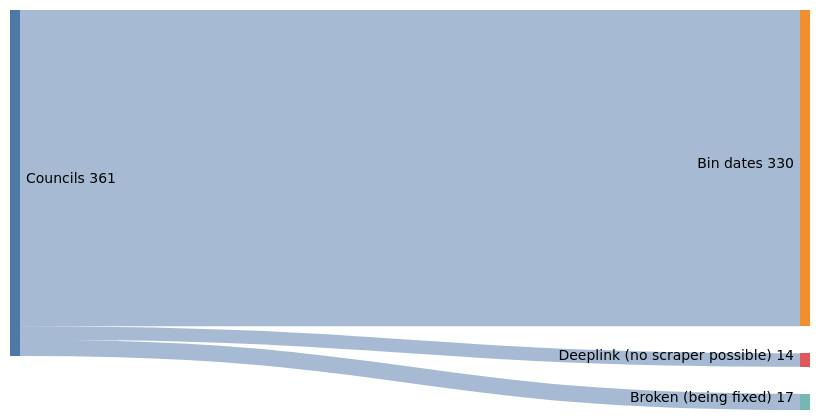
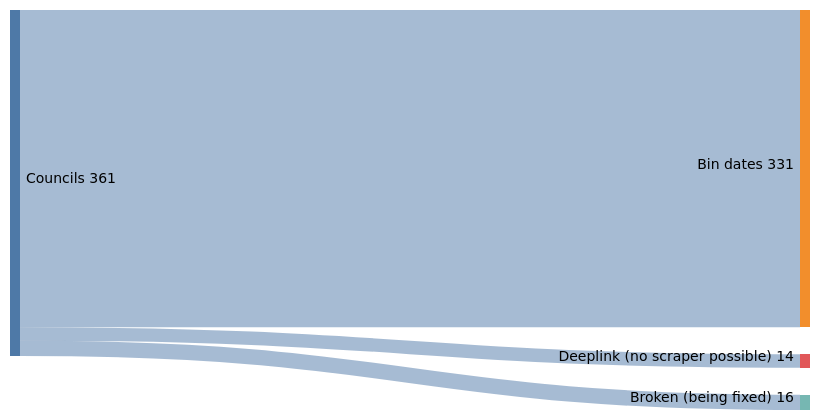
The diagram in README.md (cmbsteinberg/ukbinday), drawn with Mermaid (forest theme) before and after one commit. The commit also changed other lines of this file and 4 other files, not shown here.

````diff
--- a/README.md
+++ b/README.md
@@ -12,15 +12,15 @@
 ```mermaid
 ---
 config:
   sankey:
     width: 800
     height: 400
     linkColor: source
     nodeAlignment: left
 ---
 sankey-beta
 
-"Councils","Bin dates",330
+"Councils","Bin dates",331
 "Councils","Deeplink (no scraper possible)",14
-"Councils","Broken (being fixed)",17
+"Councils","Broken (being fixed)",16
 ```
````
